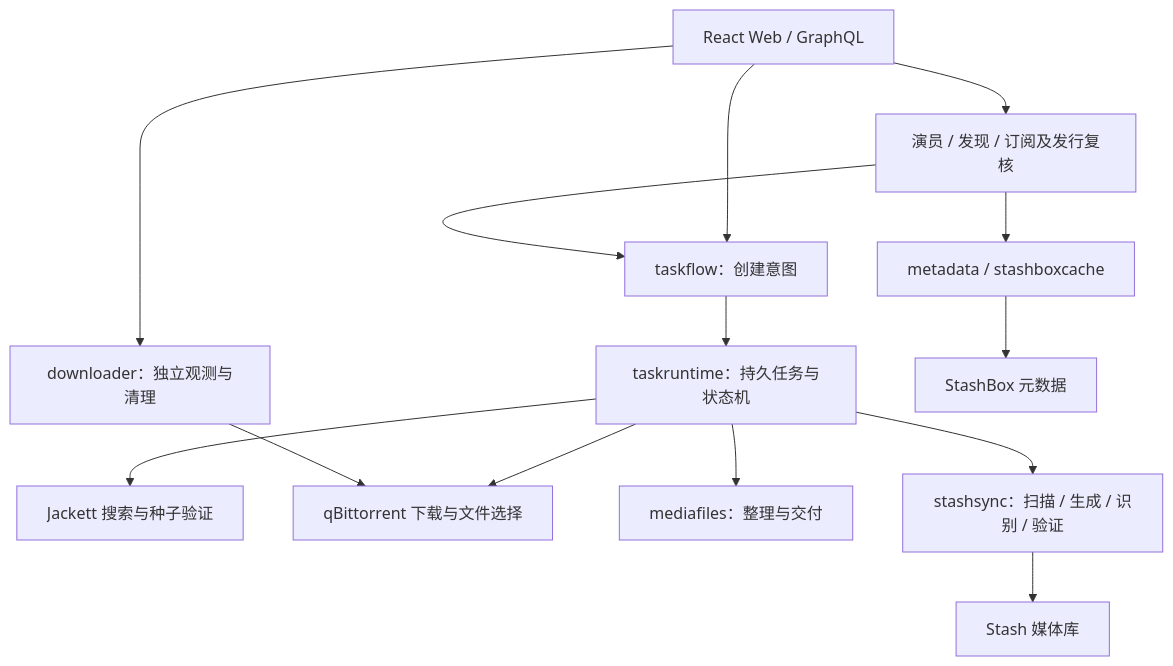
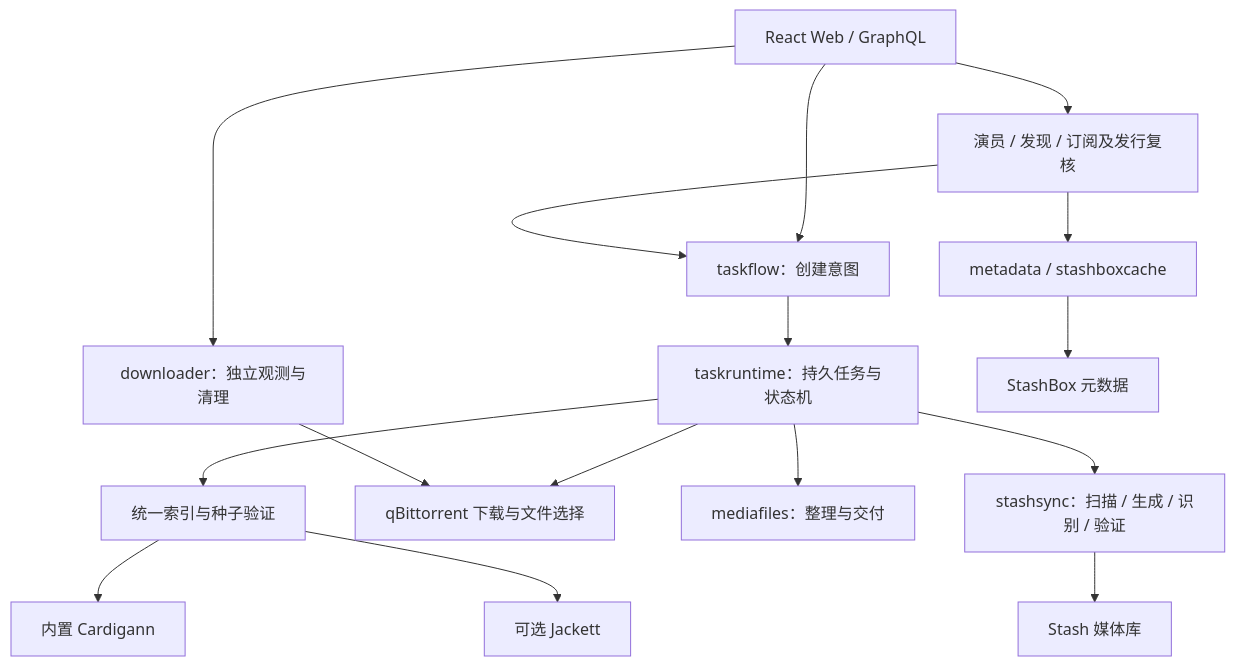
Before and after one commit to leothevan2444/moji: the diagram in .agents/architecture.md, drawn with Mermaid. The commit also changed other lines of this file and 17 other files, not shown here.

First line of the commit message:
docs(indexer): document operation, architecture and acceptance boundaries

````diff
--- a/.agents/architecture.md
+++ b/.agents/architecture.md
@@ -13,16 +13,18 @@
 ```mermaid
 flowchart TD
   UI[React Web / GraphQL] --> Domains[演员 / 发现 / 订阅及发行复核]
   UI --> Flow[taskflow：创建意图]
   Domains --> Flow
   Flow --> Tasks[taskruntime：持久任务与状态机]
-  Tasks --> Jackett[Jackett 搜索与种子验证]
+  Tasks --> Indexers[统一索引与种子验证]
+  Indexers --> Builtin[内置 Cardigann]
+  Indexers --> Jackett[可选 Jackett]
   Tasks --> QB[qBittorrent 下载与文件选择]
   Tasks --> Media[mediafiles：整理与交付]
   Tasks --> StashSync[stashsync：扫描 / 生成 / 识别 / 验证]
   StashSync --> Stash[Stash 媒体库]
   Download[downloader：独立观测与清理] --> QB
   UI --> Download
   Domains --> Metadata[metadata / stashboxcache]
   Metadata --> StashBox[StashBox 元数据]
 ```
````
